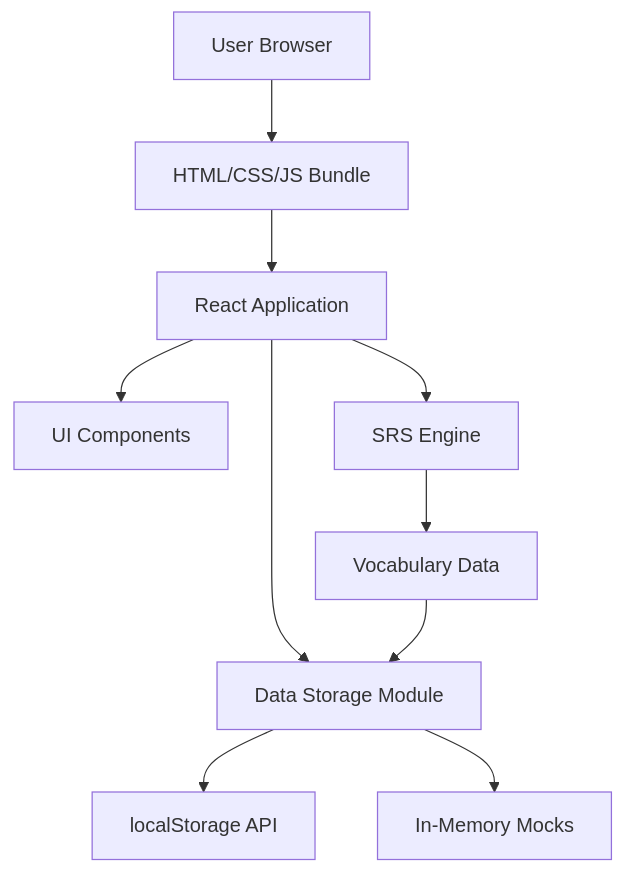
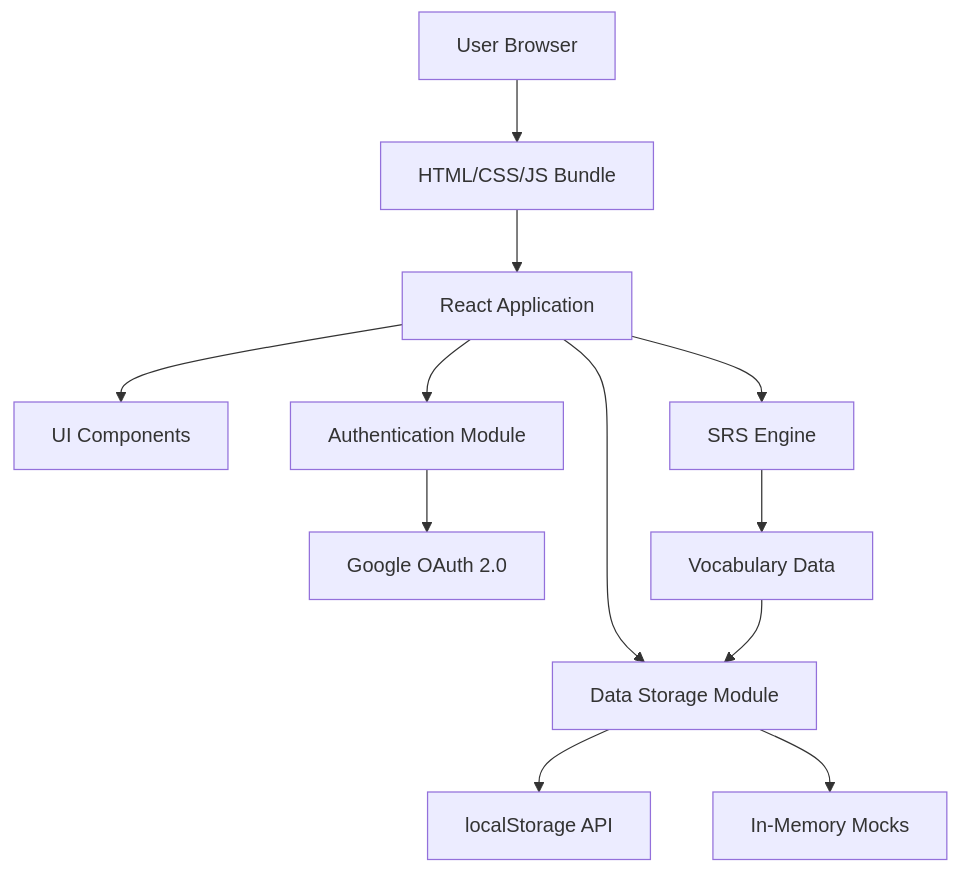
One commit to alex-heritier/kilocode_cloud_agent_playground changed the first of 3 diagrams in ARCHITECTURE.md. Above: the diagram before and after it, drawn with Mermaid. The commit also changed other lines of this file, not shown here.

````diff
--- a/ARCHITECTURE.md
+++ b/ARCHITECTURE.md
@@ -19,12 +19,14 @@
 ```mermaid
 graph TD
     A[User Browser] --> B[HTML/CSS/JS Bundle]
     B --> C[React Application]
     C --> D[UI Components]
     C --> E[SRS Engine]
     C --> F[Data Storage Module]
-    F --> G[localStorage API]
-    F --> H[In-Memory Mocks]
-    E --> I[Vocabulary Data]
-    I --> F
+    C --> G[Authentication Module]
+    F --> H[localStorage API]
+    F --> I[In-Memory Mocks]
+    G --> J[Google OAuth 2.0]
+    E --> K[Vocabulary Data]
+    K --> F
 ```
````
